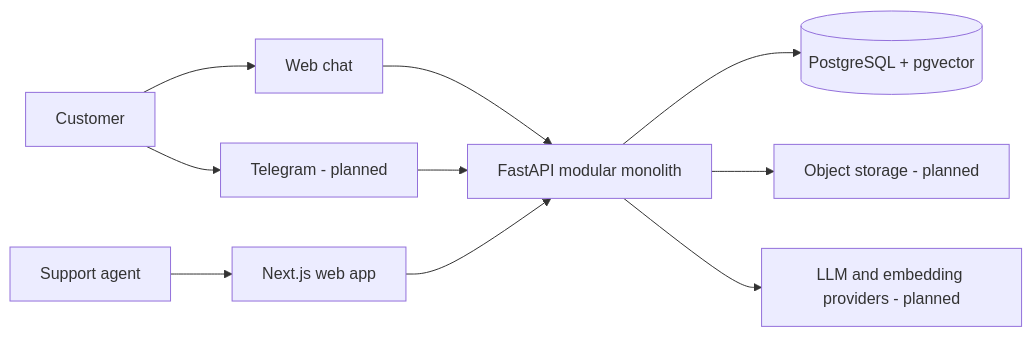
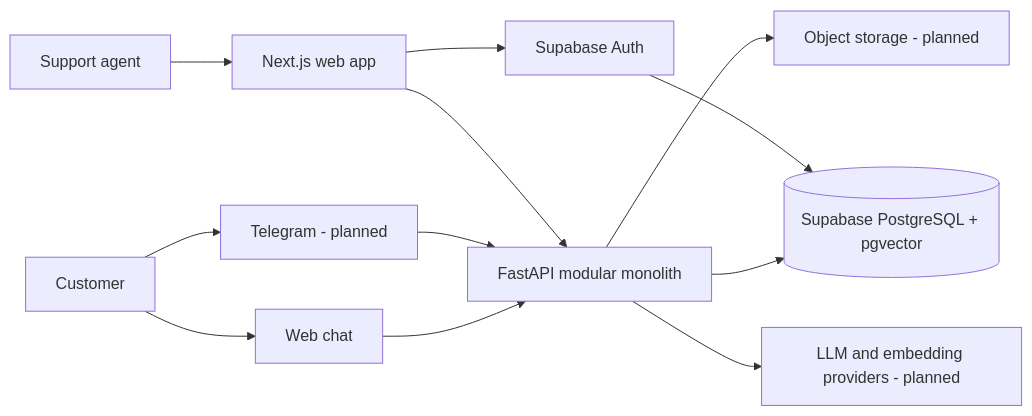
Before and after one commit to morgonets/ai-customer-support-platform: the diagram in docs/architecture.md, drawn with Mermaid. The commit also changed other lines of this file and 7 other files, not shown here.

Commit message:
feat(db): add organization schema and tenant RLS

````diff
--- a/docs/architecture.md
+++ b/docs/architecture.md
@@ -18,12 +19,14 @@
 ```mermaid
 flowchart LR
     customer[Customer] --> webchat[Web chat]
     customer --> telegram[Telegram - planned]
     agent[Support agent] --> web[Next.js web app]
+    web --> auth[Supabase Auth]
     webchat --> api[FastAPI modular monolith]
     telegram --> api
     web --> api
-    api --> db[(PostgreSQL + pgvector)]
+    api --> db[(Supabase PostgreSQL + pgvector)]
+    auth --> db
     api --> storage[Object storage - planned]
     api --> llm[LLM and embedding providers - planned]
 ```
````
